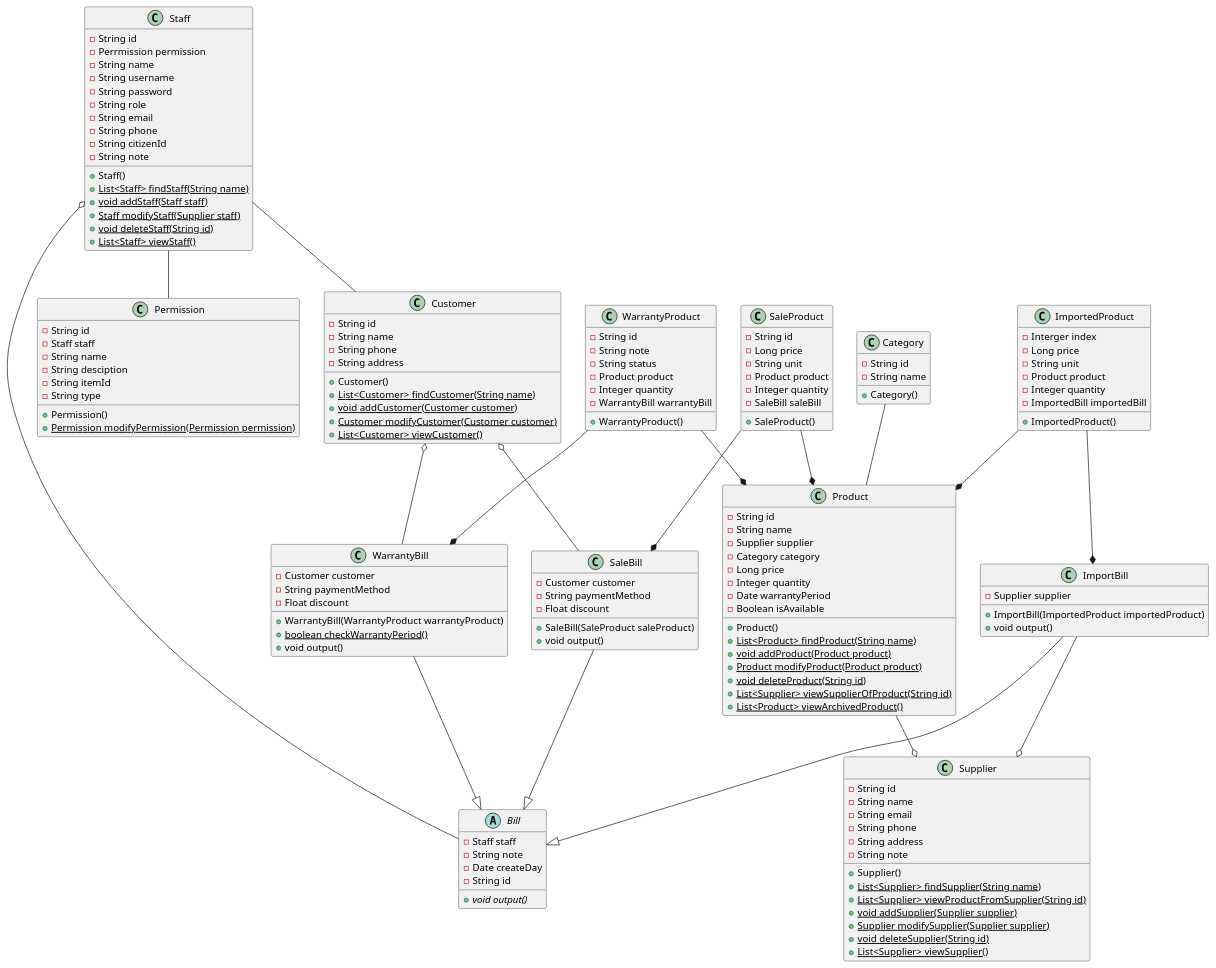
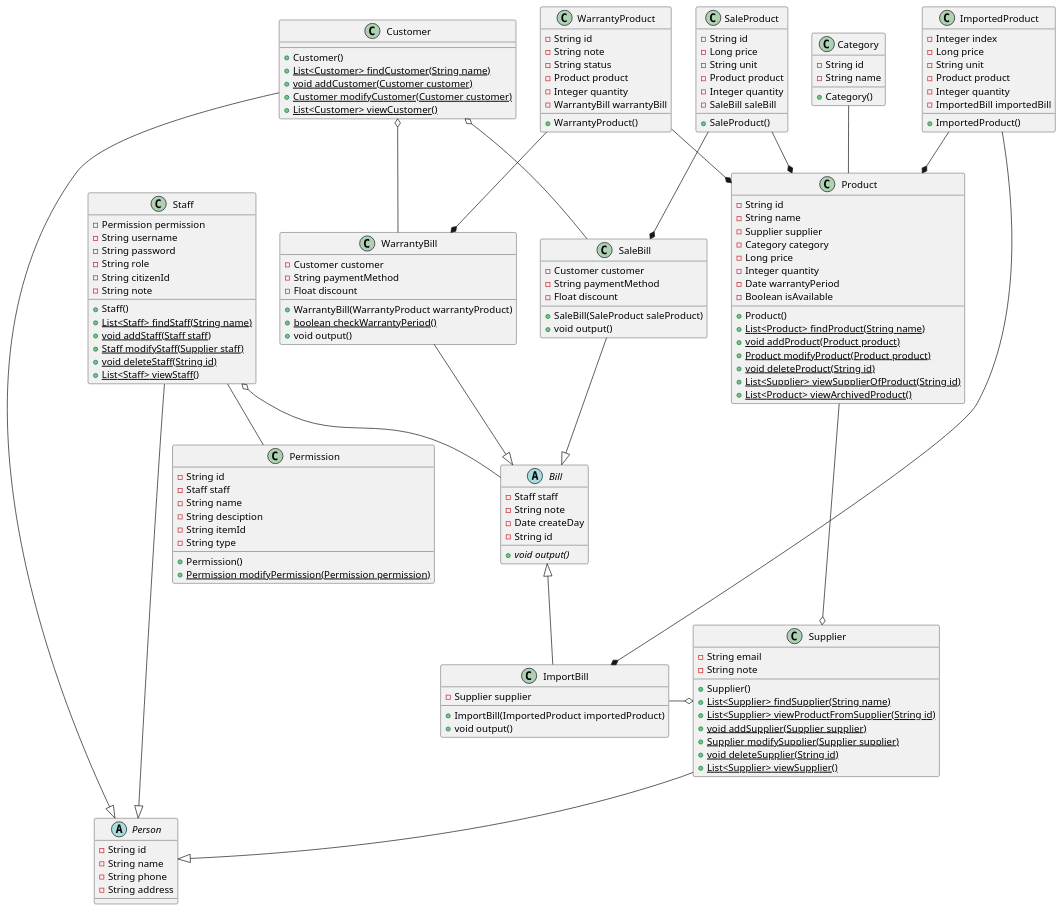
The diagram in Lab1.2/Class_Diagram/class.puml (thanhLoc1087/SE357-Pratice-class), drawn with PlantUML before and after one commit. The commit also changed 3 other files, not shown here.

Commit message:
Lab1_2 update class and usecase diagram

```diff
--- a/Lab1.2/Class_Diagram/class.puml
+++ b/Lab1.2/Class_Diagram/class.puml
@@ -1,172 +1,169 @@
 @startuml
-
-class Customer {
+abstract Person {
   -String id
   -String name
   -String phone
   -String address
+}
+
+class Customer {
   +Customer()
   +{static} List<Customer> findCustomer(String name)
   +{static} void addCustomer(Customer customer)
   +{static} Customer modifyCustomer(Customer customer)
  +{static} List<Customer> viewCustomer()
 }
 
 class Supplier {
-  -String id
-  -String name
   -String email
-  -String phone
-  -String address
   -String note
   +Supplier()
   +{static} List<Supplier> findSupplier(String name)
   +{static} List<Supplier> viewProductFromSupplier(String id)
   +{static} void addSupplier(Supplier supplier)
   +{static} Supplier modifySupplier(Supplier supplier)
   +{static} void deleteSupplier(String id)
   +{static} List<Supplier> viewSupplier()
 }
 
 class Permission {
   -String id
   -Staff staff
   -String name
   -String desciption
   -String itemId
   -String type
   +Permission()
   +{static} Permission modifyPermission(Permission permission)
 }
 
 class Staff {
-  -String id
-  -Perrmission permission
-  -String name
+  -Permission permission
   -String username
   -String password
   -String role
-  -String email
-  -String phone
   -String citizenId
   -String note
   +Staff()
   +{static} List<Staff> findStaff(String name)
   +{static} void addStaff(Staff staff)
   +{static} Staff modifyStaff(Supplier staff)
   +{static} void deleteStaff(String id)
   +{static} List<Staff> viewStaff()
 }
 
 class Category {
   -String id
   -String name
   +Category()
 }
 
 class Product {
   -String id
   -String name
   -Supplier supplier
   -Category category
   -Long price
   -Integer quantity
   -Date warrantyPeriod
   -Boolean isAvailable
   +Product()
   +{static} List<Product> findProduct(String name)
   +{static} void addProduct(Product product)
   +{static} Product modifyProduct(Product product)
   +{static} void deleteProduct(String id)
   +{static} List<Supplier> viewSupplierOfProduct(String id)
   +{static} List<Product> viewArchivedProduct()
 
 }
 
 abstract Bill{
   -Staff staff
   -String note
   -Date createDay
   -String id
   +{abstract} void output()
 }
 
 class SaleBill {
   -Customer customer
   -String paymentMethod
   -Float discount
   +SaleBill(SaleProduct saleProduct)
   +void output()
 }
 
 class WarrantyBill {
   -Customer customer
   -String paymentMethod
   -Float discount
   +WarrantyBill(WarrantyProduct warrantyProduct)
   +{static}boolean checkWarrantyPeriod()
   +void output()
 }
 
 class ImportBill {
   -Supplier supplier
   +ImportBill(ImportedProduct importedProduct)
   +void output()
 }
 
 
 class WarrantyProduct {
   -String id
   -String note
   -String status
   -Product product
   -Integer quantity
   -WarrantyBill warrantyBill
   +WarrantyProduct()
 }
 
 class SaleProduct {
   -String id
   -Long price
   -String unit
   -Product product
   -Integer quantity
   -SaleBill saleBill
   +SaleProduct()
 }
 
 class ImportedProduct {
-  -Interger index
+  -Integer index
   -Long price
   -String unit
   -Product product
   -Integer quantity
   -ImportedBill importedBill
   +ImportedProduct()
 }
 
-ImportBill --|> Bill
+Customer --|> Person
+Staff --|> Person
+Supplier --|> Person
+
+ImportBill -up-|> Bill
 WarrantyBill --|> Bill 
 SaleBill --|> Bill 
 
 WarrantyProduct --* Product 
 SaleProduct --* Product 
 ImportedProduct --* Product 
 
 WarrantyProduct --* WarrantyBill 
 SaleProduct --* SaleBill 
 ImportedProduct --* ImportBill 
 
 Customer o-- WarrantyBill 
 Customer o-- SaleBill 
-ImportBill --o Supplier
+ImportBill -right-o Supplier
 Product --o Supplier
 
 Staff o-- Bill
 
 Staff -- Permission 
 
-Staff -- Customer
 
 Category -- Product
 @enduml
```
